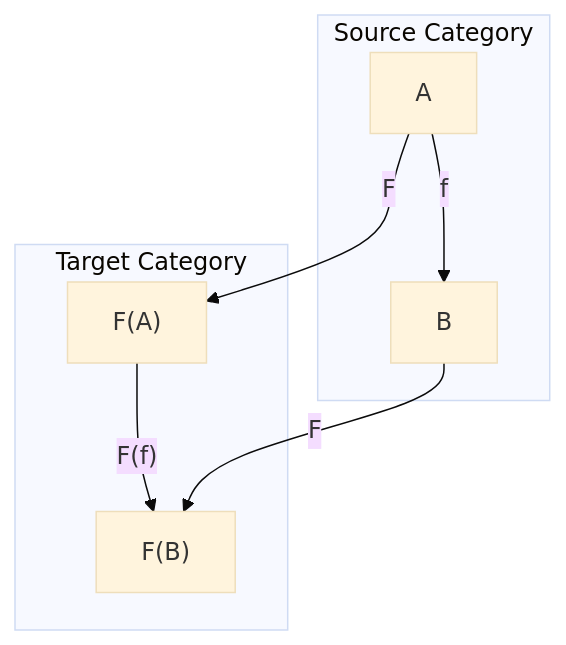
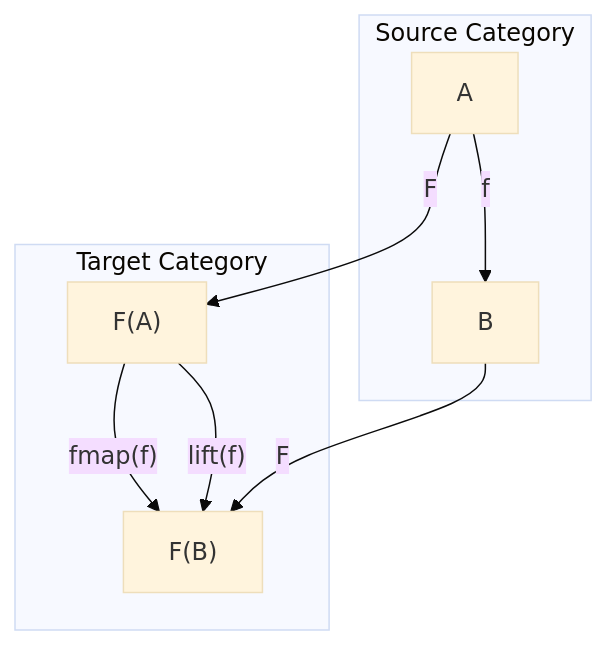
One commit to but212/rustica changed the fifth of 7 diagrams in docs/category_theory.md. Above: the diagram before and after it, drawn with Mermaid (base theme). The commit also changed other lines of this file and 31 other files, not shown here.

````diff
--- a/docs/category_theory.md
+++ b/docs/category_theory.md
@@ -86,11 +150,12 @@
 ```mermaid
 flowchart TB
     subgraph "Source Category"
         A["A"] --> |"f"| B["B"]
     end
     subgraph "Target Category"
-        FA["F(A)"] --> |"F(f)"| FB["F(B)"]
+        FA["F(A)"] --> |"fmap(f)"| FB["F(B)"]
+        FA --> |"lift(f)"| FB
     end
     A --> |"F"| FA
     B --> |"F"| FB
 ```
````
